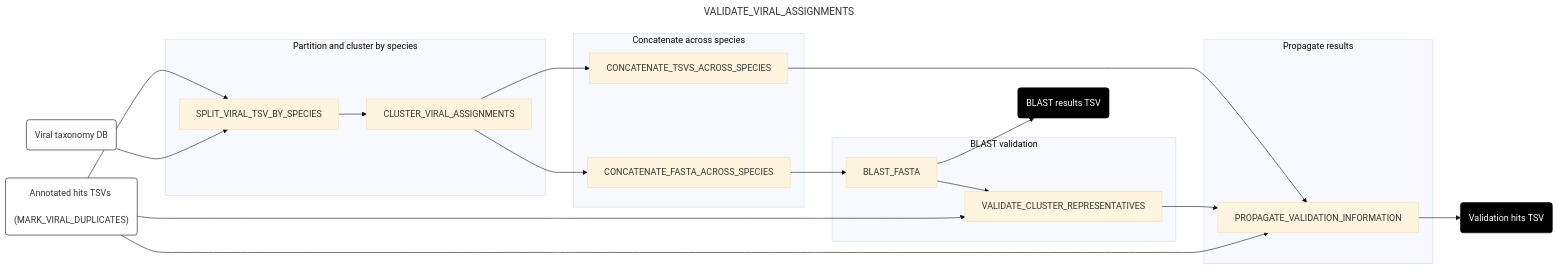
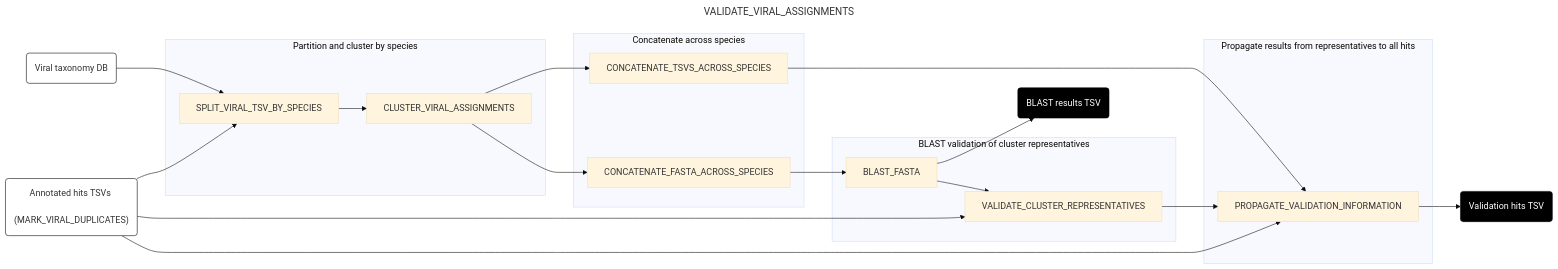
Before and after one commit to naobservatory/mgs-workflow: the fourth of 11 diagrams in docs/downstream.md, drawn with Mermaid (base theme). The commit also changed other lines of this file, not shown here.

````diff
--- a/docs/downstream.md
+++ b/docs/downstream.md
@@ -102,40 +117,40 @@
 ```mermaid
 ---
 title: VALIDATE_VIRAL_ASSIGNMENTS
 config:
   layout: horizontal
 ---
 flowchart LR
-A("Annotated hits TSVs <br> (MARK_VIRAL_DUPLICATES)") --> B[SPLIT_VIRAL_TSV_BY_SPECIES]
-C("Viral taxonomy DB") --> B
+C("Viral taxonomy DB") --> B[SPLIT_VIRAL_TSV_BY_SPECIES]
+A("Annotated hits TSVs <br> (MARK_VIRAL_DUPLICATES)") --> B
 B --> D[CLUSTER_VIRAL_ASSIGNMENTS]
 D --> E[CONCATENATE_FASTA_ACROSS_SPECIES]
 D --> F[CONCATENATE_TSVS_ACROSS_SPECIES]
 E --> G[BLAST_FASTA]
 G --> H[VALIDATE_CLUSTER_REPRESENTATIVES]
 A --> H
 F --> I[PROPAGATE_VALIDATION_INFORMATION]
 H --> I
 A --> I
 I --> J(Validation hits TSV)
 G --> K(BLAST results TSV)
 subgraph "Partition and cluster by species"
 B
 D
 end
 subgraph "Concatenate across species"
 E
 F
 end
-subgraph "BLAST validation"
+subgraph "BLAST validation of cluster representatives"
 G
 H
 end
-subgraph "Propagate results"
+subgraph "Propagate results from representatives to all hits"
 I
 end
 style A fill:#fff,stroke:#000
 style C fill:#fff,stroke:#000
 style J fill:#000,color:#fff,stroke:#000
 style K fill:#000,color:#fff,stroke:#000
 ```
````
